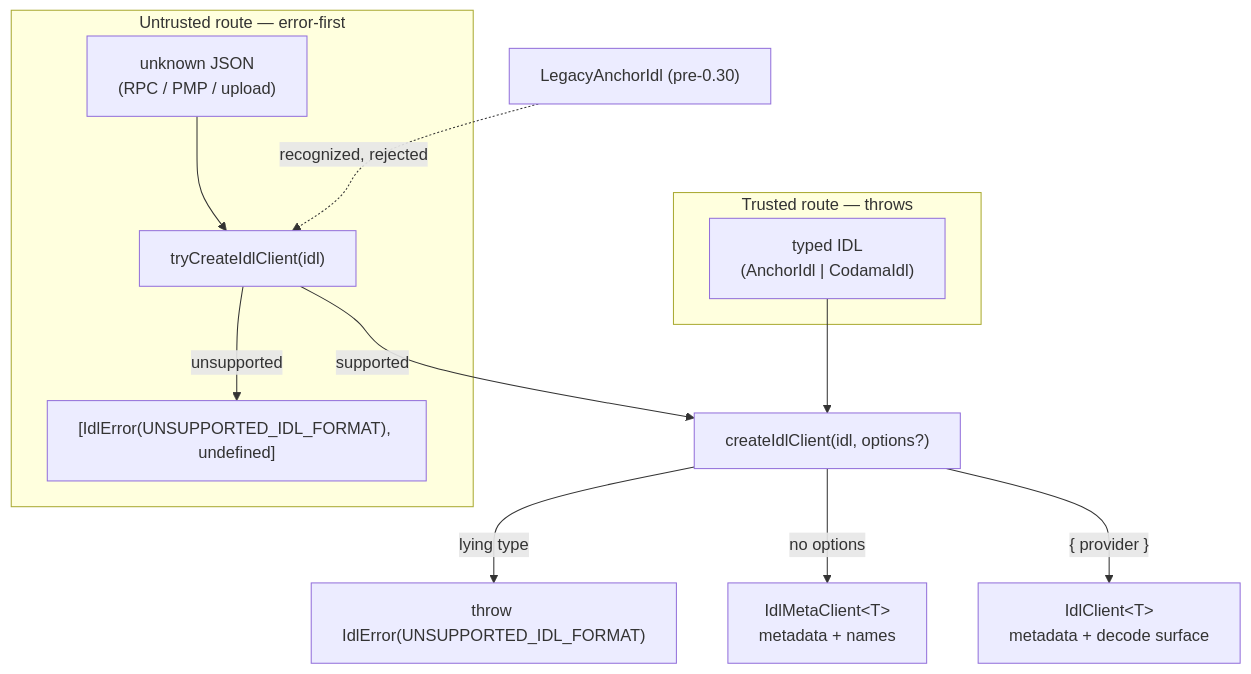
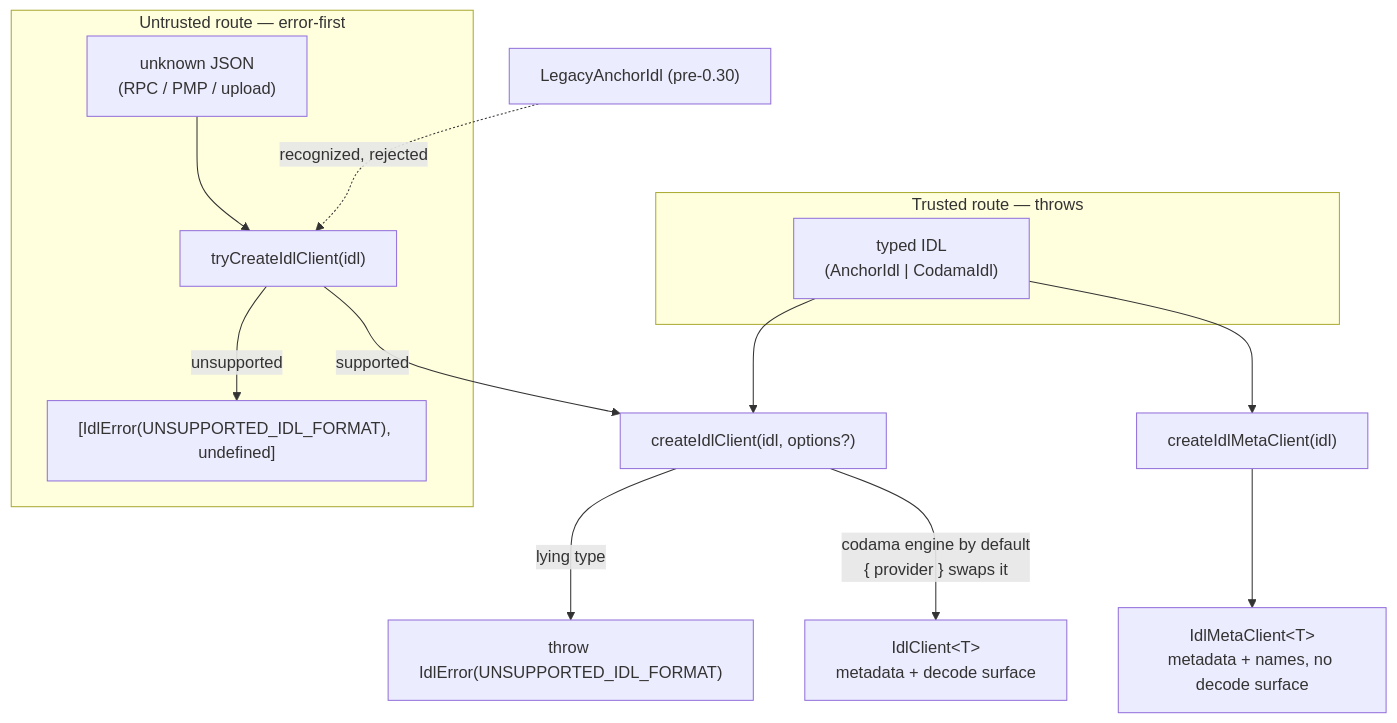
Before and after one commit to hoodieshq/explorer: the first of 2 diagrams in packages/idl/DESIGN.md, drawn with Mermaid. The commit also changed other lines of this file and 19 other files, not shown here.

Commit message:
feat(idl): default createIdlClient to the codama provider and split off createIdlMetaClient

````diff
--- a/packages/idl/DESIGN.md
+++ b/packages/idl/DESIGN.md
@@ -34,16 +34,17 @@
 ```mermaid
 flowchart TD
     subgraph UNTRUSTED["Untrusted route — error-first"]
         RAW["unknown JSON<br/>(RPC / PMP / upload)"] --> TRY["tryCreateIdlClient(idl)"]
         TRY -->|"unsupported"| ERR["[IdlError(UNSUPPORTED_IDL_FORMAT), undefined]"]
     end
     subgraph TRUSTED["Trusted route — throws"]
         TYPED["typed IDL<br/>(AnchorIdl | CodamaIdl)"]
     end
     TRY -->|"supported"| CREATE["createIdlClient(idl, options?)"]
     TYPED --> CREATE
     CREATE -->|"lying type"| THROW["throw IdlError(UNSUPPORTED_IDL_FORMAT)"]
-    CREATE -->|"no options"| META["IdlMetaClient&lt;T&gt;<br/>metadata + names"]
-    CREATE -->|"{ provider }"| CLIENT["IdlClient&lt;T&gt;<br/>metadata + decode surface"]
+    CREATE -->|"codama engine by default<br/>{ provider } swaps it"| CLIENT["IdlClient&lt;T&gt;<br/>metadata + decode surface"]
+    TYPED --> METACREATE["createIdlMetaClient(idl)"]
+    METACREATE --> META["IdlMetaClient&lt;T&gt;<br/>metadata + names, no decode surface"]
     LEGACY["LegacyAnchorIdl (pre-0.30)"] -. "recognized, rejected" .-> TRY
 ```
````
